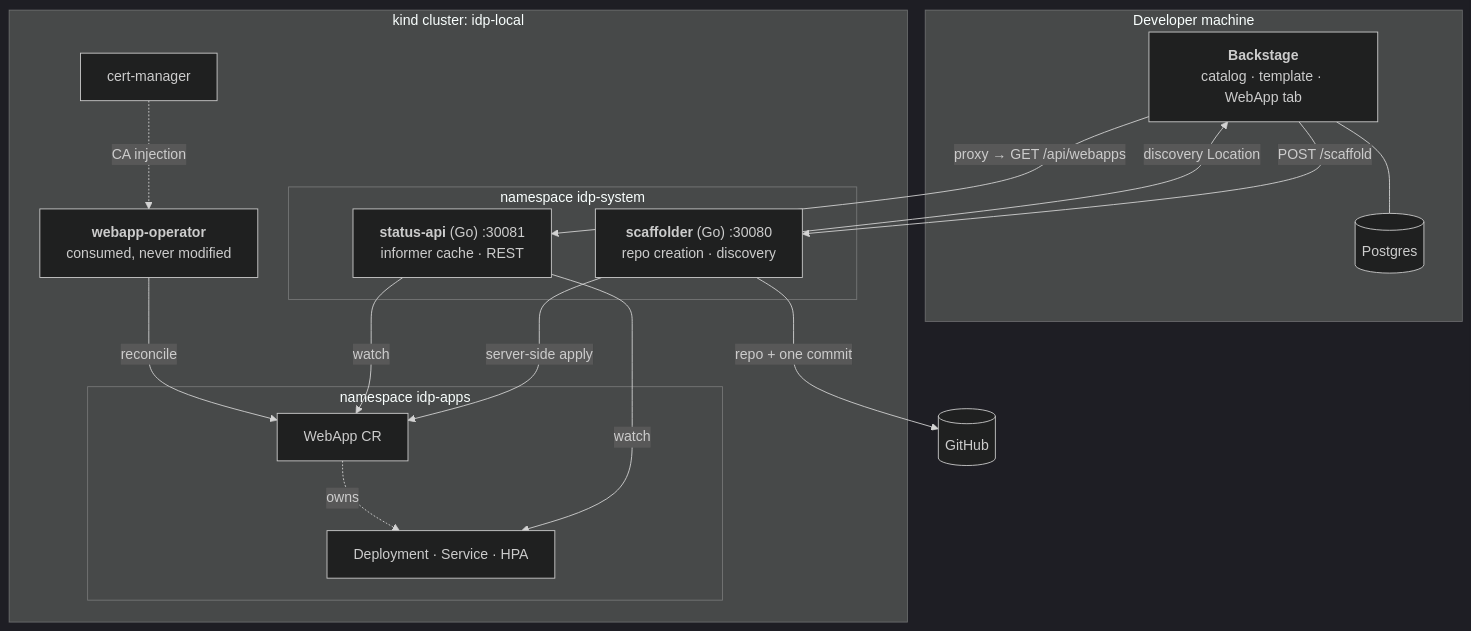
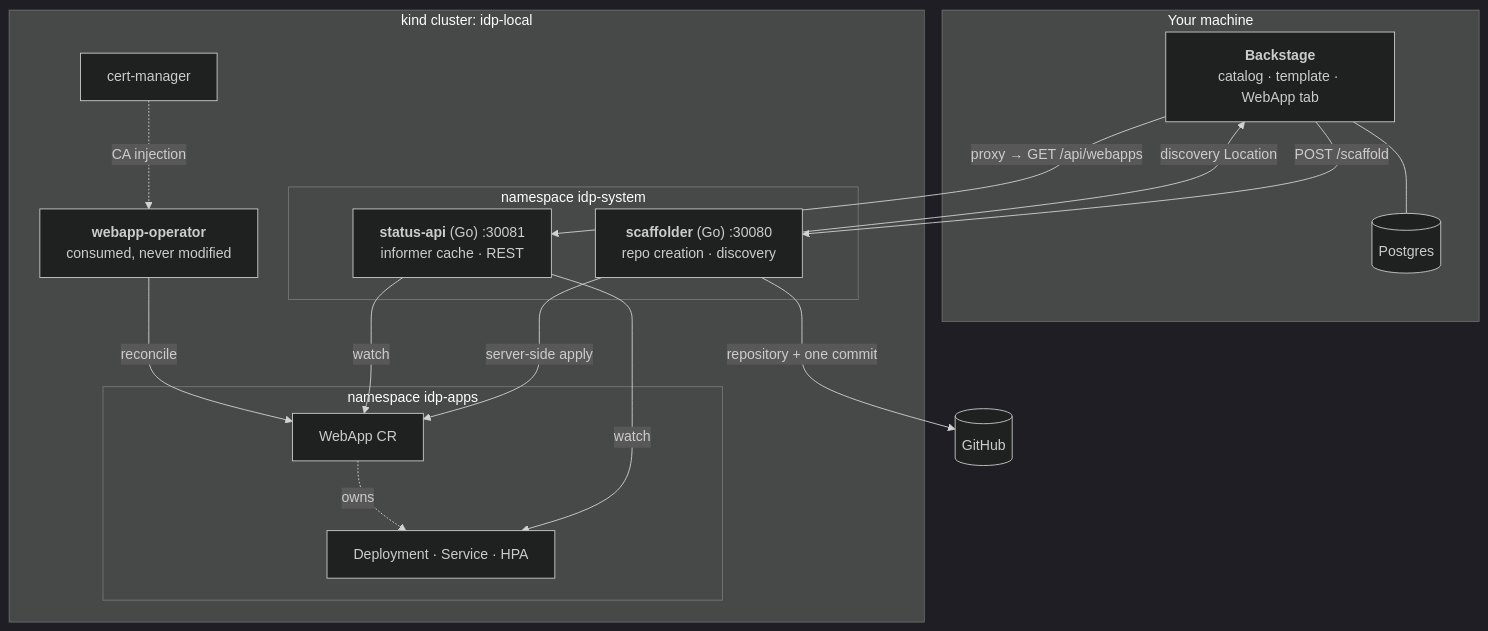
Before and after one commit to Mampiz/idp-backstage: the diagram in README.md, drawn with Mermaid (dark theme). The commit also changed other lines of this file and 24 other files, not shown here.

````diff
--- a/README.md
+++ b/README.md
@@ -86,34 +53,34 @@
 ```mermaid
 flowchart TB
-    subgraph host["Developer machine"]
+    subgraph host["Your machine"]
         BS["<b>Backstage</b><br/>catalog · template · WebApp tab"]
         PG[("Postgres")]
     end
 
     subgraph cluster["kind cluster: idp-local"]
         subgraph idpsys["namespace idp-system"]
             SC["<b>scaffolder</b> (Go) :30080<br/>repo creation · discovery"]
             ST["<b>status-api</b> (Go) :30081<br/>informer cache · REST"]
         end
         OP["<b>webapp-operator</b><br/>consumed, never modified"]
         subgraph apps["namespace idp-apps"]
             CR["WebApp CR"]
             WL["Deployment · Service · HPA"]
         end
         CM["cert-manager"]
     end
 
     GH[("GitHub")]
 
     BS -->|"POST /scaffold"| SC
     BS -->|"proxy → GET /api/webapps"| ST
     BS --- PG
-    SC -->|"repo + one commit"| GH
+    SC -->|"repository + one commit"| GH
     SC -->|"server-side apply"| CR
     SC -->|"discovery Location"| BS
     ST -->|"watch"| CR
     ST -->|"watch"| WL
     OP -->|"reconcile"| CR
     CR -.->|"owns"| WL
     CM -.->|"CA injection"| OP
 ```
````
